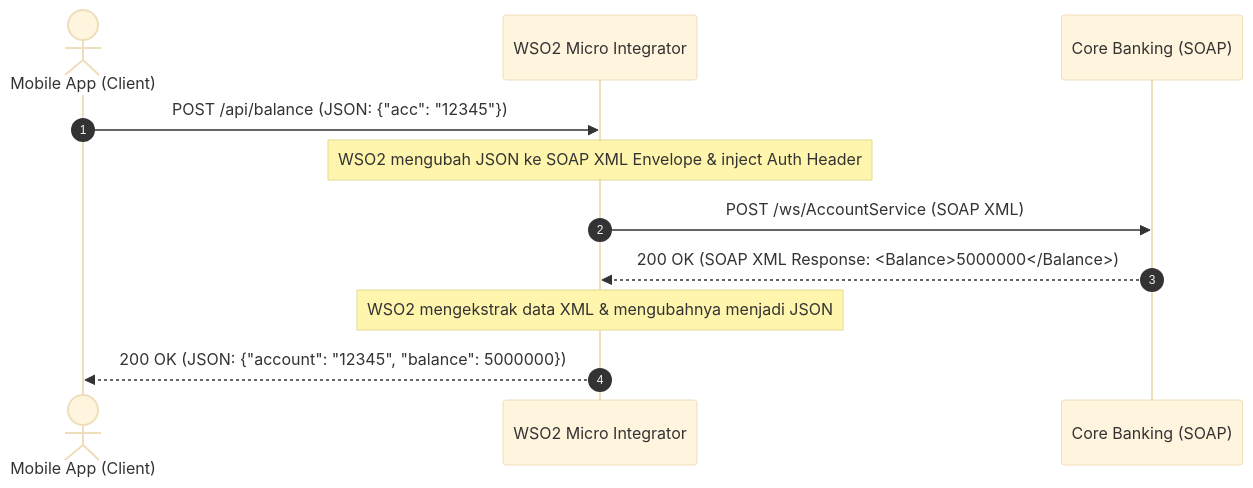
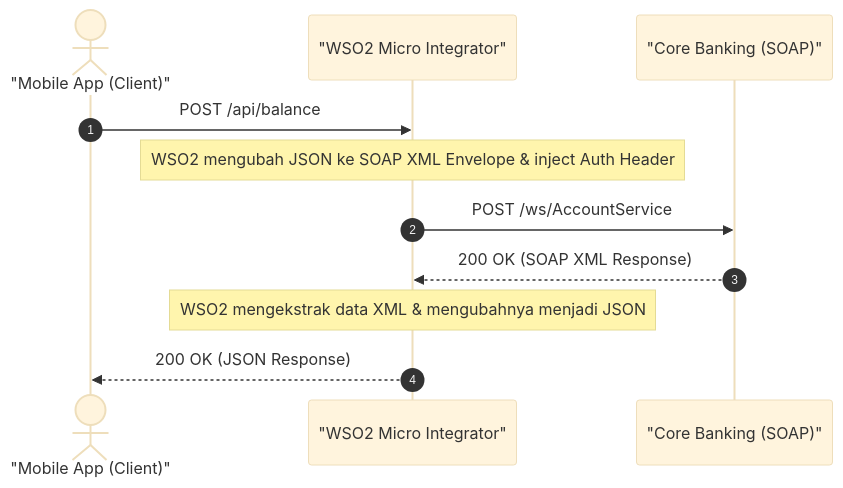
Before and after one commit to jovancamorris/assa-learn-tech: the third of 5 diagrams in materi/wso2/pengenalan_wso2_integrator.md, drawn with Mermaid (base theme). The commit also changed other lines of this file and 11 other files, not shown here.

Commit message:
feat: add foundational learning modules for Ballerina and WSO2 Integrator documentation

````diff
--- a/materi/wso2/pengenalan_wso2_integrator.md
+++ b/materi/wso2/pengenalan_wso2_integrator.md
@@ -126,14 +126,14 @@
 ```mermaid
 sequenceDiagram
     autonumber
-    actor Mobile as Mobile App (Client)
-    participant WSO2 as WSO2 Micro Integrator
-    participant Backend as Core Banking (SOAP)
+    actor Mobile as "Mobile App (Client)"
+    participant WSO2 as "WSO2 Micro Integrator"
+    participant Backend as "Core Banking (SOAP)"
 
-    Mobile->>WSO2: POST /api/balance (JSON: {"acc": "12345"})
+    Mobile->>WSO2: POST /api/balance
     Note over WSO2: WSO2 mengubah JSON ke SOAP XML Envelope & inject Auth Header
-    WSO2->>Backend: POST /ws/AccountService (SOAP XML)
-    Backend-->>WSO2: 200 OK (SOAP XML Response: <Balance>5000000</Balance>)
+    WSO2->>Backend: POST /ws/AccountService
+    Backend-->>WSO2: 200 OK (SOAP XML Response)
     Note over WSO2: WSO2 mengekstrak data XML & mengubahnya menjadi JSON
-    WSO2-->>Mobile: 200 OK (JSON: {"account": "12345", "balance": 5000000})
+    WSO2-->>Mobile: 200 OK (JSON Response)
 ```
````
